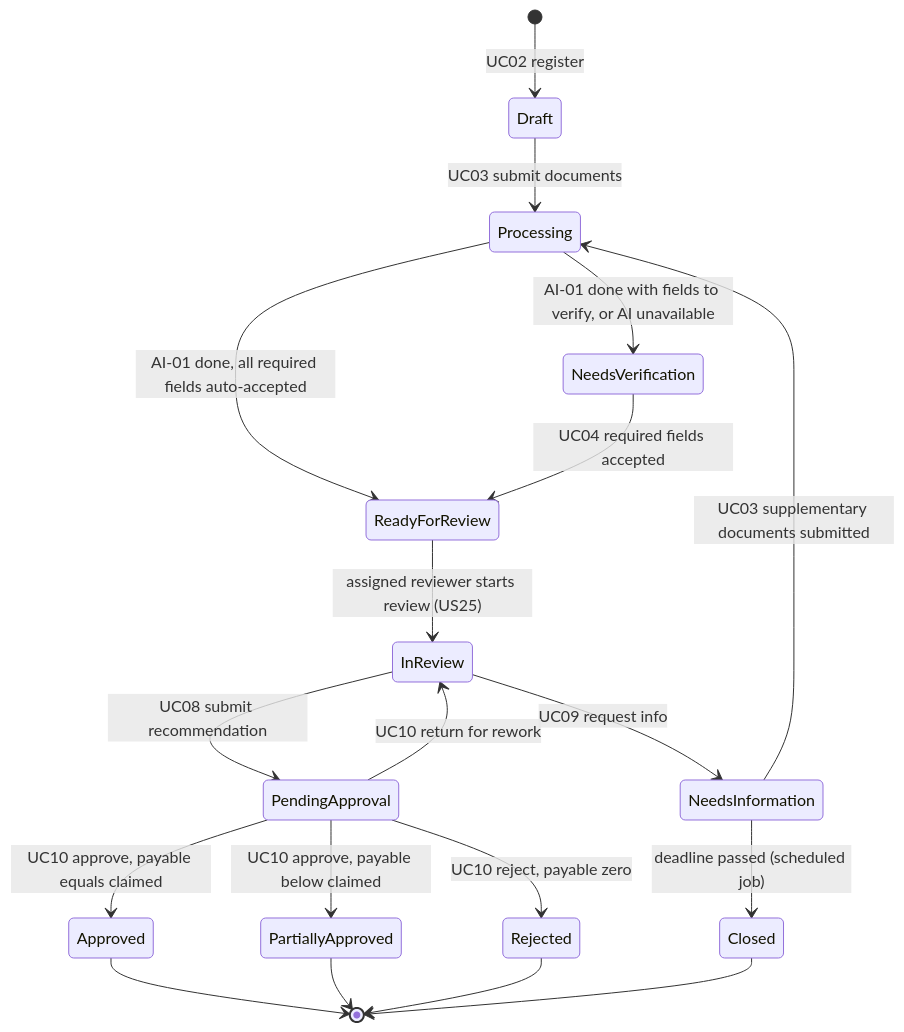
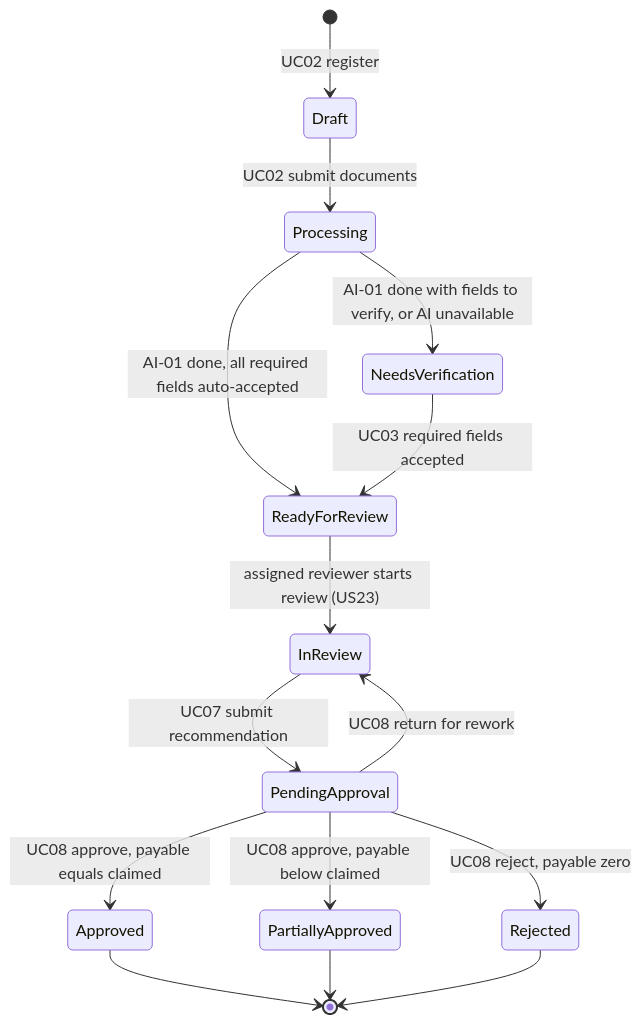
The second of 2 diagrams in docs/03-use-cases.md (cuonglpv/PMDC-AITHUCCHIEN), drawn with Mermaid before and after one commit. The commit also changed other lines of this file and 25 other files, not shown here.

````diff
--- a/docs/03-use-cases.md
+++ b/docs/03-use-cases.md
@@ -194,21 +187,17 @@
 ```mermaid
 stateDiagram-v2
     [*] --> Draft: UC02 register
-    Draft --> Processing: UC03 submit documents
+    Draft --> Processing: UC02 submit documents
     Processing --> NeedsVerification: AI-01 done with fields to verify, or AI unavailable
     Processing --> ReadyForReview: AI-01 done, all required fields auto-accepted
-    NeedsVerification --> ReadyForReview: UC04 required fields accepted
-    ReadyForReview --> InReview: assigned reviewer starts review (US25)
-    InReview --> NeedsInformation: UC09 request info
-    NeedsInformation --> Processing: UC03 supplementary documents submitted
-    NeedsInformation --> Closed: deadline passed (scheduled job)
-    InReview --> PendingApproval: UC08 submit recommendation
-    PendingApproval --> InReview: UC10 return for rework
-    PendingApproval --> Approved: UC10 approve, payable equals claimed
-    PendingApproval --> PartiallyApproved: UC10 approve, payable below claimed
-    PendingApproval --> Rejected: UC10 reject, payable zero
+    NeedsVerification --> ReadyForReview: UC03 required fields accepted
+    ReadyForReview --> InReview: assigned reviewer starts review (US23)
+    InReview --> PendingApproval: UC07 submit recommendation
+    PendingApproval --> InReview: UC08 return for rework
+    PendingApproval --> Approved: UC08 approve, payable equals claimed
+    PendingApproval --> PartiallyApproved: UC08 approve, payable below claimed
+    PendingApproval --> Rejected: UC08 reject, payable zero
     Approved --> [*]
     PartiallyApproved --> [*]
     Rejected --> [*]
-    Closed --> [*]
 ```
````
